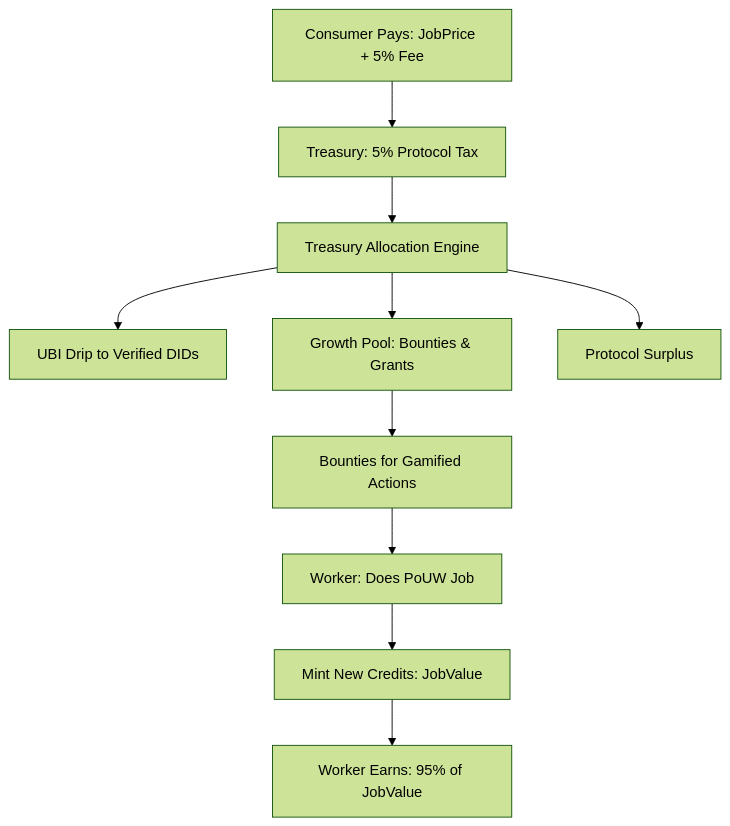
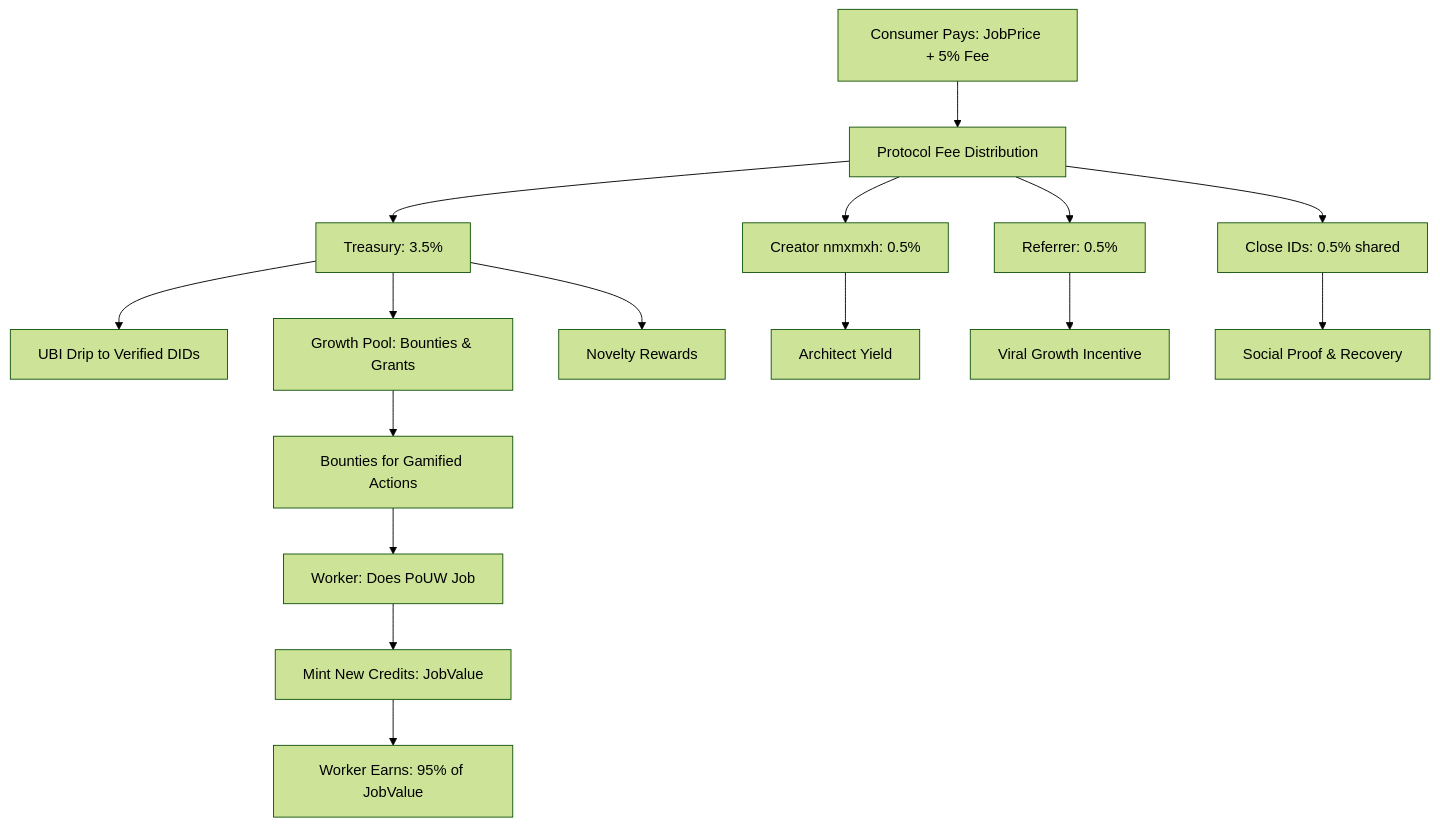
One commit to nmxmxh/inos_v1 changed the diagram in docs/economy.md. Above: the diagram before and after it, drawn with Mermaid (forest theme). The commit also changed other lines of this file and 266 other files, not shown here.

````diff
--- a/docs/economy.md
+++ b/docs/economy.md
@@ -22,12 +24,18 @@
 ```mermaid
 graph TD
-    A[Consumer Pays: JobPrice + 5% Fee] --> B[Treasury: 5% Protocol Tax];
+    A[Consumer Pays: JobPrice + 5% Fee] --> B[Protocol Fee Distribution];
     C[Worker: Does PoUW Job] --> D[Mint New Credits: JobValue];
     D --> E[Worker Earns: 95% of JobValue];
-    B --> F[Treasury Allocation Engine];
-    F --> G[UBI Drip to Verified DIDs];
-    F --> H[Growth Pool: Bounties & Grants];
-    F --> I[Protocol Surplus];
-    H --> J[Bounties for Gamified Actions];
-    J --> C;
+    B --> F[Treasury: 3.5%];
+    B --> G[Creator nmxmxh: 0.5%];
+    B --> H[Referrer: 0.5%];
+    B --> I[Close IDs: 0.5% shared];
+    F --> J[UBI Drip to Verified DIDs];
+    F --> K[Growth Pool: Bounties & Grants];
+    F --> L[Novelty Rewards];
+    K --> M[Bounties for Gamified Actions];
+    M --> C;
+    G --> N[Architect Yield];
+    H --> O[Viral Growth Incentive];
+    I --> P[Social Proof & Recovery];
 ```
````
